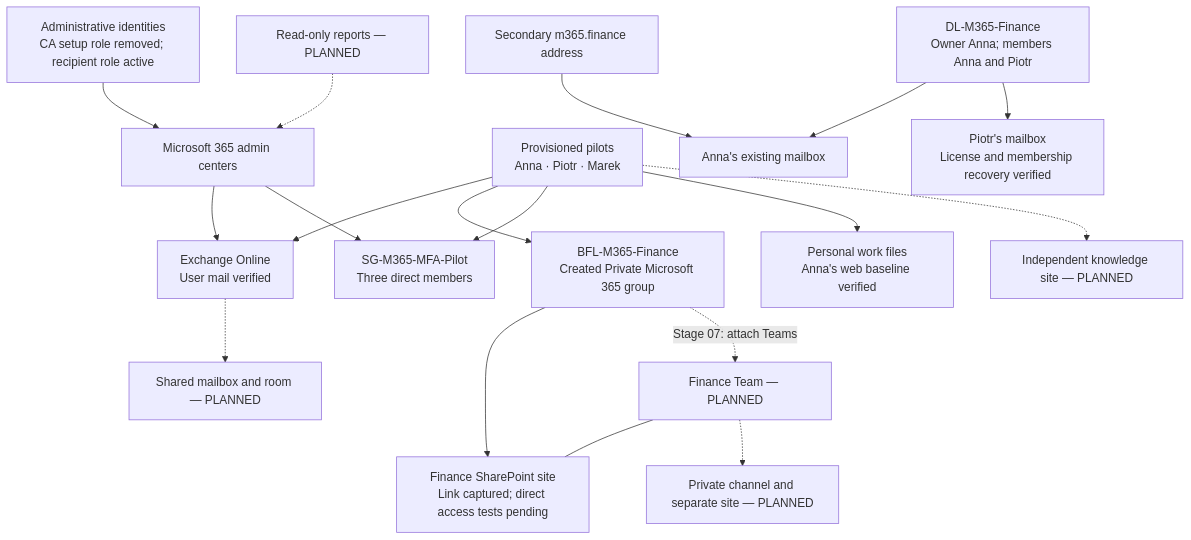
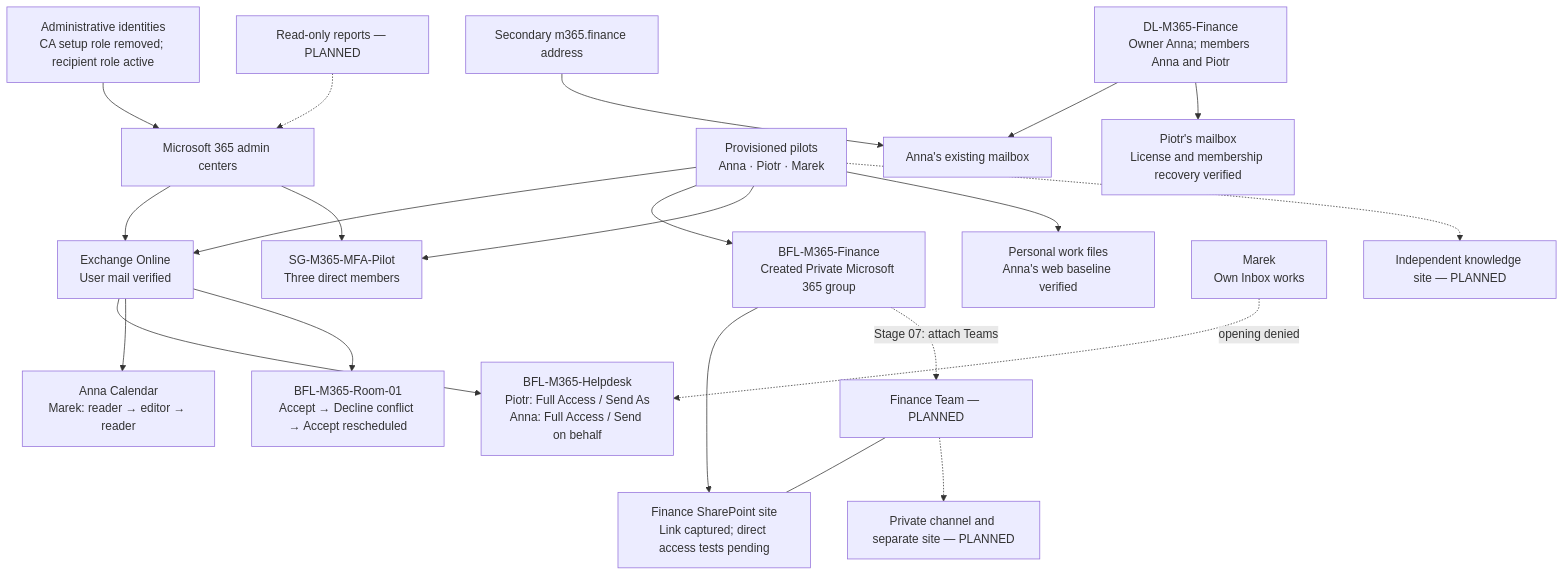
Before and after one commit to krzysztof-szot/m365-administration-support-project: the diagram in docs/architecture.md, drawn with Mermaid. The commit also changed other lines of this file and 20 other files, not shown here.

Commit message:
Document Day 04: mailbox delegation, calendar access and room booking

````diff
--- a/docs/architecture.md
+++ b/docs/architecture.md
@@ -5,20 +5,23 @@
 ```mermaid
 flowchart TB
     Admin["Administrative identities<br/>CA setup role removed; recipient role active"] --> Portal["Microsoft 365 admin centers"]
     Users["Provisioned pilots<br/>Anna · Piotr · Marek"] --> Exchange["Exchange Online<br/>User mail verified"]
     FinanceAlias["Secondary m365.finance address"] --> Anna["Anna's existing mailbox"]
     DL["DL-M365-Finance<br/>Owner Anna; members Anna and Piotr"] --> Anna
     DL --> Piotr["Piotr's mailbox<br/>License and membership recovery verified"]
     Group["BFL-M365-Finance<br/>Created Private Microsoft 365 group"] --> Parent["Finance SharePoint site<br/>Link captured; direct access tests pending"]
     Group -. "Stage 07: attach Teams" .-> Team["Finance Team — PLANNED"]
     Team --- Parent
     Team -.-> Private["Private channel and separate site — PLANNED"]
     Users --> Group
     Users --> MFA["SG-M365-MFA-Pilot<br/>Three direct members"]
     Portal --> Exchange
     Portal --> MFA
     Users --> OneDrive["Personal work files<br/>Anna's web baseline verified"]
-    Exchange -.-> Helpdesk["Shared mailbox and room — PLANNED"]
+    Exchange --> Helpdesk["BFL-M365-Helpdesk<br/>Piotr: Full Access / Send As<br/>Anna: Full Access / Send on behalf"]
+    Marek["Marek<br/>Own Inbox works"] -. "opening denied" .-> Helpdesk
+    Exchange --> Calendar["Anna Calendar<br/>Marek: reader → editor → reader"]
+    Exchange --> Room["BFL-M365-Room-01<br/>Accept → Decline conflict → Accept rescheduled"]
     Users -.-> Knowledge["Independent knowledge site — PLANNED"]
     Reports["Read-only reports — PLANNED"] -.-> Portal
 ```
````
